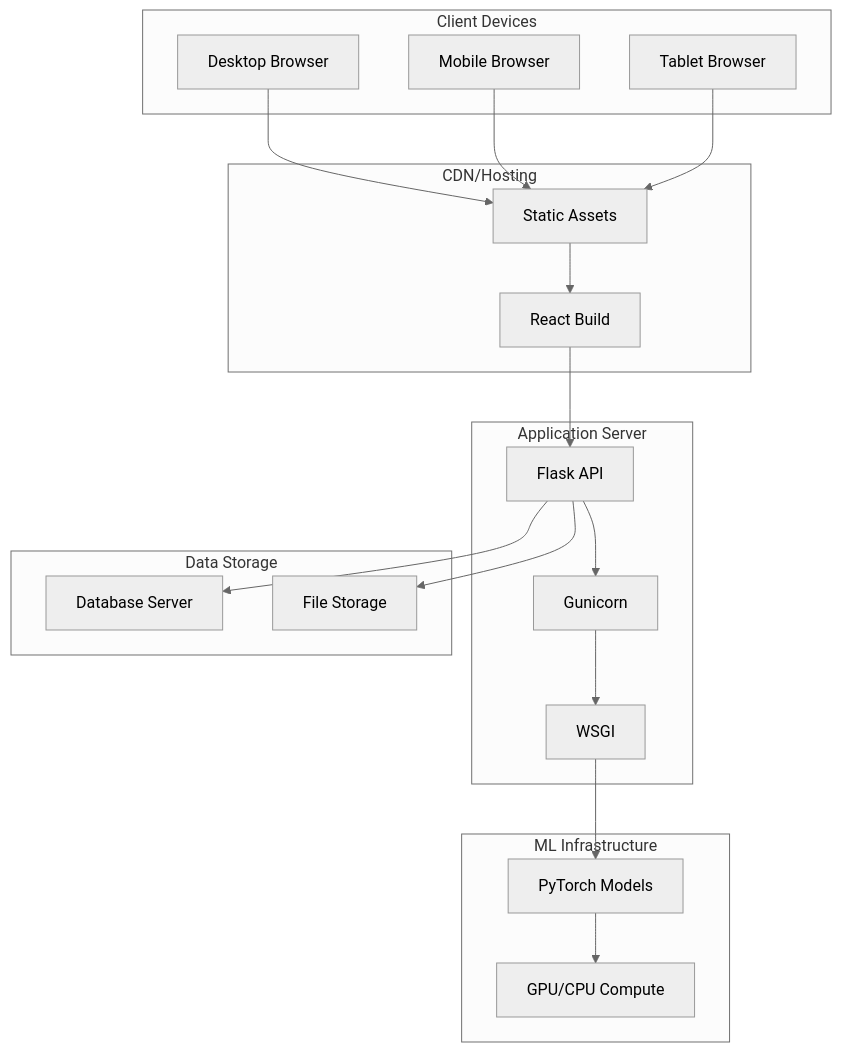
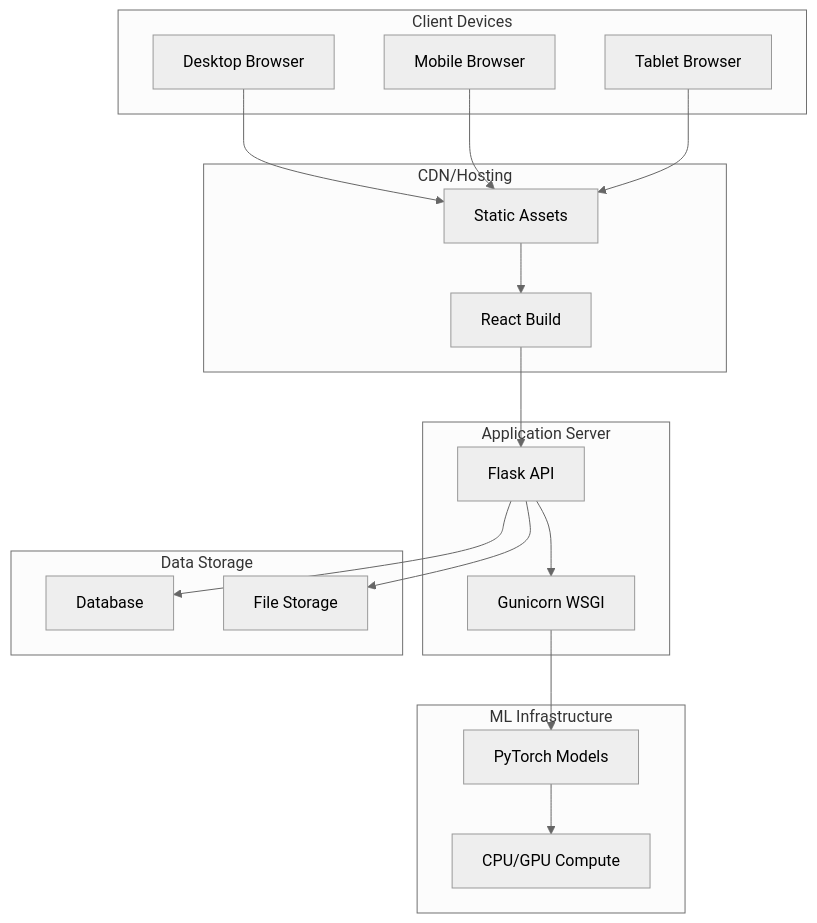
One commit to BTech20/biometric-auth-system changed diagram 11 of 14 in ARCHITECTURE.md. Above: the diagram before and after it, drawn with Mermaid (neutral theme). The commit also changed other lines of this file, not shown here.

First line of the commit message:
Fix Mermaid diagram rendering issues for GitHub

````diff
--- a/ARCHITECTURE.md
+++ b/ARCHITECTURE.md
@@ -355,41 +381,39 @@
 ```mermaid
-graph TB
-    subgraph "Client Devices"
-        A[Desktop Browser]
-        B[Mobile Browser]
-        C[Tablet Browser]
+flowchart TD
+    subgraph Clients["Client Devices"]
+        A["Desktop Browser"]
+        B["Mobile Browser"]
+        C["Tablet Browser"]
     end
     
-    subgraph "CDN/Hosting"
-        D[Static Assets]
-        E[React Build]
+    subgraph Hosting["CDN/Hosting"]
+        D["Static Assets"]
+        E["React Build"]
     end
     
-    subgraph "Application Server"
-        F[Flask API]
-        G[Gunicorn]
-        H[WSGI]
+    subgraph AppServer["Application Server"]
+        F["Flask API"]
+        G["Gunicorn WSGI"]
     end
     
-    subgraph "ML Infrastructure"
-        I[PyTorch Models]
-        J[GPU/CPU Compute]
+    subgraph ML["ML Infrastructure"]
+        H["PyTorch Models"]
+        I["CPU/GPU Compute"]
     end
     
-    subgraph "Data Storage"
-        K[Database Server]
-        L[File Storage]
+    subgraph Storage["Data Storage"]
+        J["Database"]
+        K["File Storage"]
     end
     
     A --> D
     B --> D
     C --> D
     D --> E
     E --> F
     F --> G
     G --> H
     H --> I
-    I --> J
+    F --> J
     F --> K
-    F --> L
 ```
````
